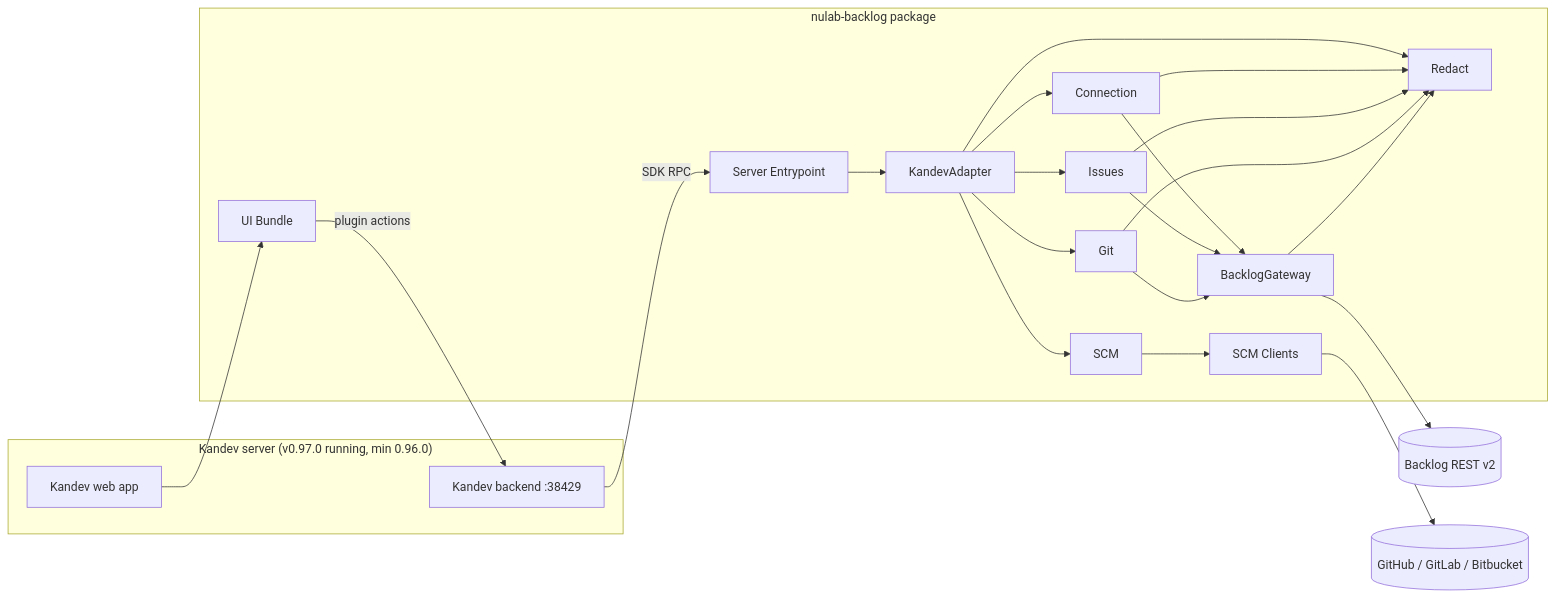
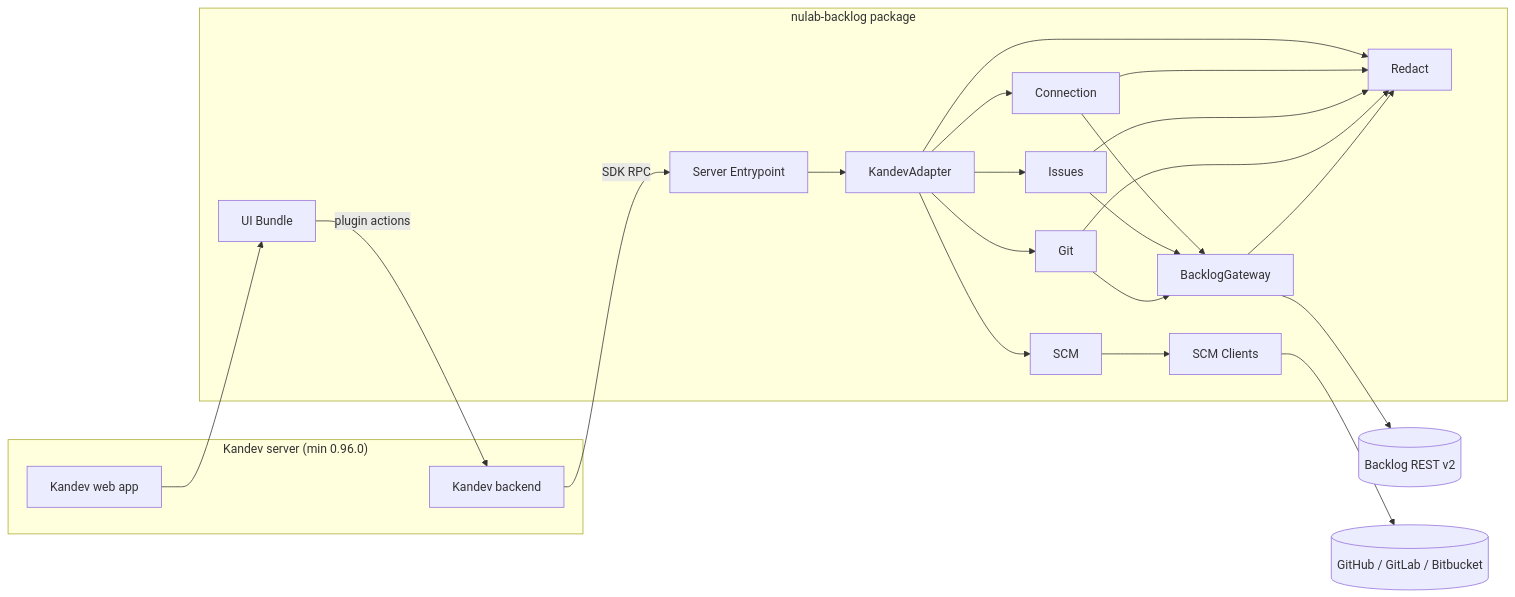
One commit to khuongdo/kandev-plugin-nulab-backlog changed the first of 8 diagrams in aidlc/spaces/default/codekb/kandev-plugin-nulab-backlog/architecture.md. Above: the diagram before and after it, drawn with Mermaid. The commit also changed other lines of this file and 55 other files, not shown here.

````diff
--- a/aidlc/spaces/default/codekb/kandev-plugin-nulab-backlog/architecture.md
+++ b/aidlc/spaces/default/codekb/kandev-plugin-nulab-backlog/architecture.md
@@ -15,28 +15,28 @@
 ```mermaid
 flowchart LR
-  subgraph Host["Kandev server (v0.97.0 running, min 0.96.0)"]
-    KB[Kandev backend :38429]
+  subgraph Host["Kandev server (min 0.96.0)"]
+    KB[Kandev backend]
     KW[Kandev web app]
   end
   subgraph Plugin["nulab-backlog package"]
     UI[UI Bundle]
     SE[Server Entrypoint]
     KA[KandevAdapter]
     CO[Connection]
     IS[Issues]
     GI[Git]
     SC[SCM]
     BG[BacklogGateway]
     SCL[SCM Clients]
     RE[Redact]
   end
   KW --> UI
   UI -- plugin actions --> KB
   KB -- SDK RPC --> SE --> KA
   KA --> CO & IS & GI & SC
   CO & IS & GI --> BG
   SC --> SCL
   KA & CO & IS & GI & BG --> RE
   BG --> BL[(Backlog REST v2)]
   SCL --> EXT[(GitHub / GitLab / Bitbucket)]
 ```
````
